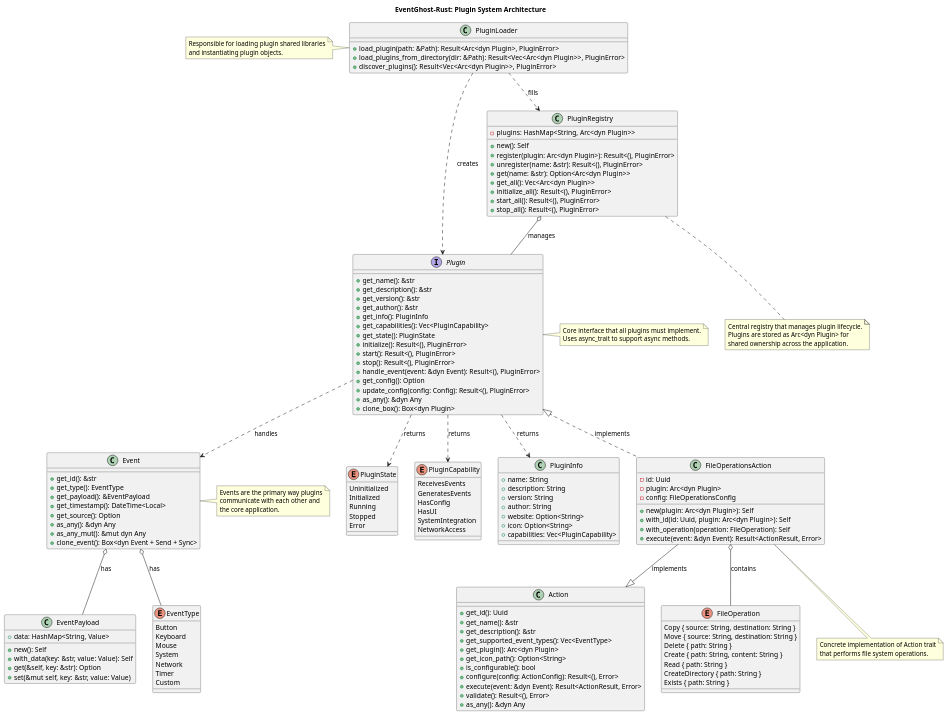
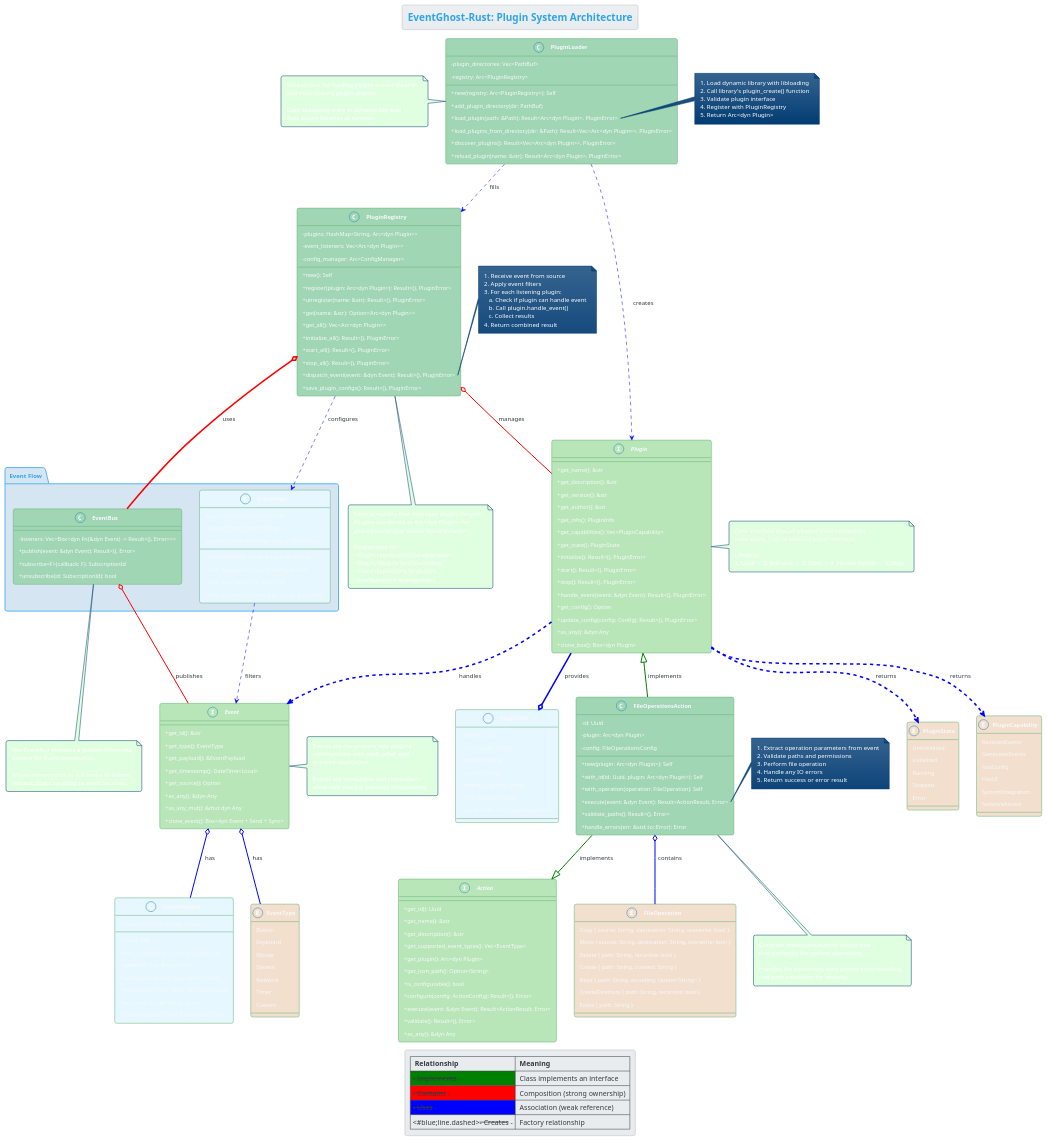
Before and after one commit to DanEdens/EventGhost-Rust: the diagram in docs/uml/plugin_system.puml, drawn with PlantUML. The commit also changed 8 other files, not shown here.

```diff
--- a/docs/uml/plugin_system.puml
+++ b/docs/uml/plugin_system.puml
@@ -1,4 +1,13 @@
 @startuml EventGhost Plugin System
+!theme cerulean
+skinparam classAttributeIconSize 0
+skinparam classFontStyle bold
+skinparam classBackgroundColor #FEFEFE
+skinparam classBorderColor #63B175
+skinparam InterfaceBackgroundColor #B8E6B8
+skinparam EnumBackgroundColor #F2DFCE
+skinparam ArrowColor #0066CC
+skinparam packageBackgroundColor #F5F5F5
 
 ' Plugin System architecture of the EventGhost-Rust project
 
@@ -6,7 +15,7 @@
 
 ' Define main components of the plugin system
 
-interface Plugin {
+interface Plugin #B8E6B8 {
   +get_name(): &str
   +get_description(): &str
   +get_version(): &str
@@ -24,7 +33,7 @@
   +clone_box(): Box<dyn Plugin>
 }
 
-enum PluginState {
+enum PluginState #F2DFCE {
   Uninitialized
   Initialized
   Running
@@ -32,7 +41,7 @@
   Error
 }
 
-enum PluginCapability {
+enum PluginCapability #F2DFCE {
   ReceivesEvents
   GeneratesEvents
   HasConfig
@@ -41,7 +50,7 @@
   NetworkAccess
 }
 
-class PluginInfo {
+class PluginInfo #E6F7FF {
   +name: String
   +description: String
   +version: String
@@ -51,8 +60,10 @@
   +capabilities: Vec<PluginCapability>
 }
 
-class PluginRegistry {
+class PluginRegistry #A0D6B4 {
   -plugins: HashMap<String, Arc<dyn Plugin>>
+  -event_listeners: Vec<Arc<dyn Plugin>>
+  -config_manager: Arc<ConfigManager>
   +new(): Self
   +register(plugin: Arc<dyn Plugin>): Result<(), PluginError>
   +unregister(name: &str): Result<(), PluginError>
@@ -61,15 +72,22 @@
   +initialize_all(): Result<(), PluginError>
   +start_all(): Result<(), PluginError>
   +stop_all(): Result<(), PluginError>
+  +dispatch_event(event: &dyn Event): Result<(), PluginError>
+  +save_plugin_configs(): Result<(), PluginError>
 }
 
-class PluginLoader {
+class PluginLoader #A0D6B4 {
+  -plugin_directories: Vec<PathBuf>
+  -registry: Arc<PluginRegistry>
+  +new(registry: Arc<PluginRegistry>): Self
+  +add_plugin_directory(dir: PathBuf)
   +load_plugin(path: &Path): Result<Arc<dyn Plugin>, PluginError>
   +load_plugins_from_directory(dir: &Path): Result<Vec<Arc<dyn Plugin>>, PluginError>
   +discover_plugins(): Result<Vec<Arc<dyn Plugin>>, PluginError>
+  +reload_plugin(name: &str): Result<Arc<dyn Plugin>, PluginError>
 }
 
-class Event {
+interface Event #B8E6B8 {
   +get_id(): &str
   +get_type(): EventType
   +get_payload(): &EventPayload
@@ -80,7 +98,7 @@
   +clone_event(): Box<dyn Event + Send + Sync>
 }
 
-class Action {
+interface Action #B8E6B8 {
   +get_id(): Uuid
   +get_name(): &str
   +get_description(): &str
@@ -94,15 +112,18 @@
   +as_any(): &dyn Any
 }
 
-class EventPayload {
+class EventPayload #E6F7FF {
   +data: HashMap<String, Value>
   +new(): Self
   +with_data(key: &str, value: Value): Self
   +get(&self, key: &str): Option<&Value>
   +set(&mut self, key: &str, value: Value)
+  +merge(&mut self, other: &EventPayload)
+  +as_json(): Result<String, Error>
+  +from_json(json: &str): Result<Self, Error>
 }
 
-enum EventType {
+enum EventType #F2DFCE {
   Button
   Keyboard
   Mouse
@@ -112,7 +133,7 @@
   Custom
 }
 
-class FileOperationsAction {
+class FileOperationsAction #A0D6B4 {
   -id: Uuid
   -plugin: Arc<dyn Plugin>
   -config: FileOperationsConfig
@@ -120,62 +141,160 @@
   +with_id(id: Uuid, plugin: Arc<dyn Plugin>): Self
   +with_operation(operation: FileOperation): Self
   +execute(event: &dyn Event): Result<ActionResult, Error>
+  +validate_paths(): Result<(), Error>
+  +handle_errors(err: &std::io::Error): Error
 }
 
-enum FileOperation {
-  Copy { source: String, destination: String }
-  Move { source: String, destination: String }
-  Delete { path: String }
+enum FileOperation #F2DFCE {
+  Copy { source: String, destination: String, overwrite: bool }
+  Move { source: String, destination: String, overwrite: bool }
+  Delete { path: String, recursive: bool }
   Create { path: String, content: String }
-  Read { path: String }
-  CreateDirectory { path: String }
+  Read { path: String, encoding: Option<String> }
+  CreateDirectory { path: String, recursive: bool }
   Exists { path: String }
 }
 
+package "Event Flow" as EventFlow #D5E5F2 {
+    class EventBus #A0D6B4 {
+        -listeners: Vec<Box<dyn Fn(&dyn Event) -> Result<(), Error>>>
+        +publish(event: &dyn Event): Result<(), Error>
+        +subscribe<F>(callback: F): SubscriptionId
+        +unsubscribe(id: SubscriptionId): bool
+    }
+    
+    class EventFilter #E6F7FF {
+        -type_filter: Option<EventType>
+        -source_filter: Option<String>
+        -payload_filter: HashMap<String, Vec<String>>
+        +matches(&self, event: &dyn Event): bool
+        +with_type(event_type: EventType): Self
+        +with_source(source: &str): Self
+        +with_payload_key(key: &str, value: &str): Self
+    }
+}
+
 ' Define relationships
-Plugin <|.. FileOperationsAction : implements
+Plugin <|.. FileOperationsAction #line:green;line.bold : implements
 
-FileOperationsAction --|> Action : implements
-FileOperationsAction o-- FileOperation : contains
+FileOperationsAction --|> Action #line:green;line.bold : implements
+FileOperationsAction o-- FileOperation #line:blue;line.bold : contains
 
-PluginRegistry o-- Plugin : manages
-PluginLoader ..> Plugin : creates
-PluginLoader ..> PluginRegistry : fills
+PluginRegistry o-- Plugin #line:red;line.bold : manages
+PluginLoader ..> Plugin #line:blue;line.dashed : creates
+PluginLoader ..> PluginRegistry #line:blue;line.dashed : fills
 
-Plugin ..> Event : handles
-Plugin ..> PluginInfo : returns
-Plugin ..> PluginState : returns
-Plugin ..> PluginCapability : returns
+Plugin ..> Event #line:blue : handles
+Plugin --o PluginInfo #line:blue : provides
+Plugin ..> PluginState #line:blue : returns
+Plugin ..> PluginCapability #line:blue : returns
 
-Event o-- EventType : has
-Event o-- EventPayload : has
+Event o-- EventType #line:blue;line.bold : has
+Event o-- EventPayload #line:blue;line.bold : has
+
+EventFlow.EventBus o-- Event #line:red;line.bold : publishes
+EventFlow.EventFilter ..> Event #line:blue;line.dashed : filters
+
+PluginRegistry o-- EventFlow.EventBus #line:red : uses
+PluginRegistry ..> EventFlow.EventFilter #line:blue;line.dashed : configures
+
+' Sequence diagrams and process flows
+note right of PluginRegistry::dispatch_event
+  1. Receive event from source
+  2. Apply event filters
+  3. For each listening plugin:
+     a. Check if plugin can handle event
+     b. Call plugin.handle_event()
+     c. Collect results
+  4. Return combined result
+end note
+
+note right of PluginLoader::load_plugin
+  1. Load dynamic library with libloading
+  2. Call library's plugin_create() function
+  3. Validate plugin interface
+  4. Register with PluginRegistry
+  5. Return Arc<dyn Plugin>
+end note
+
+note right of FileOperationsAction::execute
+  1. Extract operation parameters from event
+  2. Validate paths and permissions
+  3. Perform file operation
+  4. Handle any IO errors
+  5. Return success or error result
+end note
 
 ' Notes
-note right of Plugin
+note right of Plugin #E0FFE0
   Core interface that all plugins must implement.
   Uses async_trait to support async methods.
+  
+  Lifecycle:
+  1. Load → 2. Initialize → 3. Start → 4. Handle Events → 5. Stop
 end note
 
-note bottom of PluginRegistry
+note bottom of PluginRegistry #E0FFE0
   Central registry that manages plugin lifecycle.
   Plugins are stored as Arc<dyn Plugin> for
   shared ownership across the application.
+  
+  Responsible for:
+  - Plugin registration/deregistration
+  - Plugin lifecycle (init/start/stop)
+  - Event dispatching to plugins
+  - Configuration management
 end note
 
-note bottom of FileOperationsAction
+note bottom of FileOperationsAction #E0FFE0
   Concrete implementation of Action trait
   that performs file system operations.
+  
+  Handles file operations with proper error handling
+  and path validation for security.
 end note
 
-note left of PluginLoader
+note left of PluginLoader #E0FFE0
   Responsible for loading plugin shared libraries
   and instantiating plugin objects.
+  
+  Uses libloading crate to dynamically load
+  Rust plugin libraries at runtime.
 end note
 
-note right of Event
+note right of Event #E0FFE0
   Events are the primary way plugins
   communicate with each other and
   the core application.
+  
+  Events are immutable and cloneable to
+  allow safe sharing between components.
 end note
 
+note bottom of EventFlow.EventBus #E0FFE0
+  The EventBus provides a publish-subscribe
+  pattern for Event distribution.
+  
+  Allows components to subscribe to events
+  without direct coupling to event sources.
+end note
+
+' Color legend
+legend right
+  |= Component Type |= Purpose |
+  |<#B8E6B8>| Core Interfaces | 
+  |<#A0D6B4>| Main Plugin System Classes |
+  |<#E6F7FF>| Data Structures |
+  |<#F2DFCE>| Enums & Constants |
+endlegend
+
+' Relationship legend
+legend bottom
+  |= Relationship |= Meaning |
+  |<#green>--- Implements ---| Class implements an interface |
+  |<#red>--- Contains ---| Composition (strong ownership) |
+  |<#blue>--- Uses ---| Association (weak reference) |
+  |<#blue;line.dashed>--- Creates ---| Factory relationship |
+endlegend
+
 @enduml 
```
